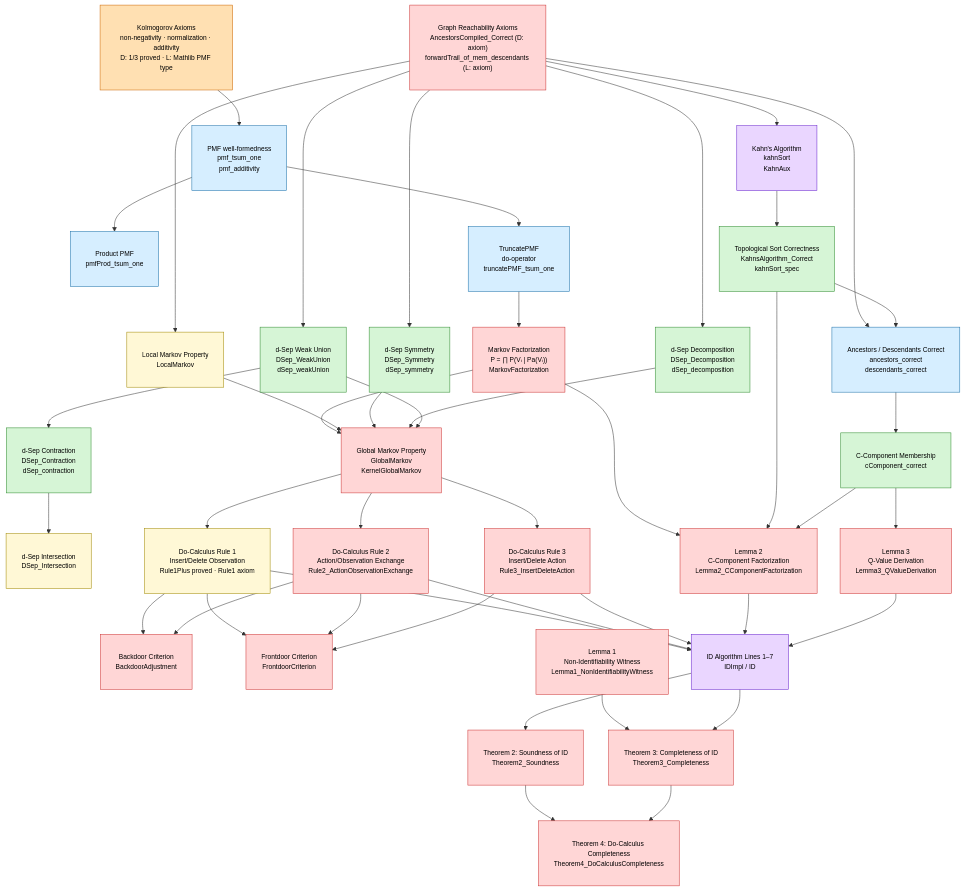
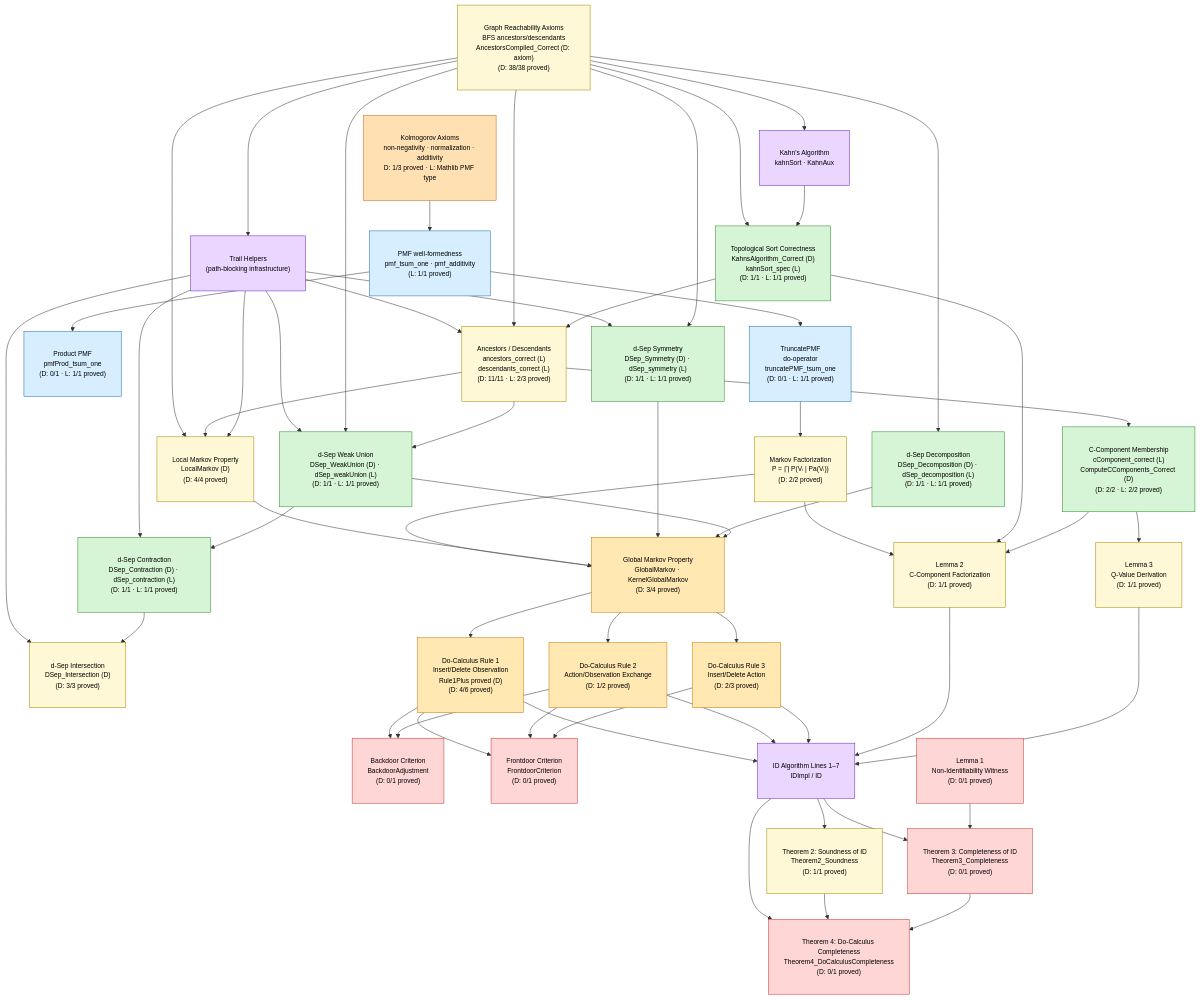
One commit to y0-causal-inference/y0 changed the diagram in docs/2026-05-28-proof-narrative.md. Above: the diagram before and after it, drawn with Mermaid. The commit also changed other lines of this file, not shown here.

Commit message:
Update proof narrative: MarginalMass_FactorOut de-axiomitization progress (2026-05-29)
Add MarginalMass_FactorOut row to the axiom table noting:
- MarginalMass_SubsetMonotone (P1) proved 2026-05-29
- AssignmentCondProb_As_MarginalMass_Ratio (P2) proved 2026-05-29
- P3 (remove {:axiom}) pending via GlobalMarkovConcrete

Update document last-updated date.

````diff
--- a/docs/2026-05-28-proof-narrative.md
+++ b/docs/2026-05-28-proof-narrative.md
@@ -31,83 +42,120 @@
 ```mermaid
-%%{init: {'flowchart': {'nodeSpacing': 45, 'rankSpacing': 70}}}%%
 flowchart TD
     classDef bothProved fill:#d6f5d6,stroke:#2d8a2d,color:#000,padding:12px,font-size:13px
-    classDef leanOnly  fill:#d6eeff,stroke:#1a6fa8,color:#000,padding:12px,font-size:13px
-    classDef dafnyOnly fill:#fff8d6,stroke:#a08800,color:#000,padding:12px,font-size:13px
-    classDef unproved  fill:#ffd6d6,stroke:#cc3333,color:#000,padding:12px,font-size:13px
-    classDef algo      fill:#ead6ff,stroke:#6622cc,color:#000,padding:12px,font-size:13px
-    classDef mathlib   fill:#ffe0b2,stroke:#cc6600,color:#000,padding:12px,font-size:13px
+    classDef leanOnly   fill:#d6eeff,stroke:#1a6fa8,color:#000,padding:12px,font-size:13px
+    classDef dafnyOnly  fill:#fff8d6,stroke:#a08800,color:#000,padding:12px,font-size:13px
+    classDef unproved   fill:#ffd6d6,stroke:#cc3333,color:#000,padding:12px,font-size:13px
+    classDef partial    fill:#ffe8b2,stroke:#cc7700,color:#000,padding:12px,font-size:13px
+    classDef algo       fill:#ead6ff,stroke:#6622cc,color:#000,padding:12px,font-size:13px
+    classDef mathlib    fill:#ffe0b2,stroke:#cc6600,color:#000,padding:12px,font-size:13px
+    n_ANC["Ancestors / Descendants\nancestors_correct (L)\ndescendants_correct (L)
+(D: 11/11 · L: 2/3 proved)"]:::dafnyOnly
+    n_BKD["Backdoor Criterion\nBackdoorAdjustment
+(D: 0/1 proved)"]:::unproved
+    n_CCOMP["C-Component Membership\ncComponent_correct (L)\nComputeCComponents_Correct (D)
+(D: 2/2 · L: 2/2 proved)"]:::bothProved
+    n_CONT["d-Sep Contraction\nDSep_Contraction (D) · dSep_contraction (L)
+(D: 1/1 · L: 1/1 proved)"]:::bothProved
+    n_DEC["d-Sep Decomposition\nDSep_Decomposition (D) · dSep_decomposition (L)
+(D: 1/1 · L: 1/1 proved)"]:::bothProved
+    n_FRD["Frontdoor Criterion\nFrontdoorCriterion
+(D: 0/1 proved)"]:::unproved
+    n_GM["Global Markov Property\nGlobalMarkov · KernelGlobalMarkov
+(D: 3/4 proved)"]:::partial
+    n_ID["ID Algorithm Lines 1–7\nIDImpl / ID"]:::algo
+    n_INTER["d-Sep Intersection\nDSep_Intersection (D)
+(D: 3/3 proved)"]:::dafnyOnly
+    n_K["Kolmogorov Axioms\nnon-negativity · normalization · additivity\nD: 1/3 proved · L: Mathlib PMF type"]:::mathlib
+    n_KAHN_ALGO["Kahn's Algorithm\nkahnSort · KahnAux"]:::algo
+    n_KAHN_PROOF["Topological Sort Correctness\nKahnsAlgorithm_Correct (D)\nkahnSort_spec (L)
+(D: 1/1 · L: 1/1 proved)"]:::bothProved
+    n_L1["Lemma 1\nNon-Identifiability Witness
+(D: 0/1 proved)"]:::unproved
+    n_L2["Lemma 2\nC-Component Factorization
+(D: 1/1 proved)"]:::dafnyOnly
+    n_L3L["Lemma 3\nQ-Value Derivation
+(D: 1/1 proved)"]:::dafnyOnly
+    n_LMARKOV["Local Markov Property\nLocalMarkov (D)
+(D: 4/4 proved)"]:::dafnyOnly
+    n_MARKOV["Markov Factorization\nP = ∏ P(Vᵢ | Pa(Vᵢ))
+(D: 2/2 proved)"]:::dafnyOnly
+    n_PMF["PMF well-formedness\npmf_tsum_one · pmf_additivity
+(L: 1/1 proved)"]:::leanOnly
+    n_PROD["Product PMF\npmfProd_tsum_one
+(D: 0/1 · L: 1/1 proved)"]:::leanOnly
+    n_R1["Do-Calculus Rule 1\nInsert/Delete Observation\nRule1Plus proved (D)
+(D: 4/6 proved)"]:::partial
+    n_R2["Do-Calculus Rule 2\nAction/Observation Exchange
+(D: 1/2 proved)"]:::partial
+    n_R3["Do-Calculus Rule 3\nInsert/Delete Action
+(D: 2/3 proved)"]:::partial
+    n_REACH["Graph Reachability Axioms\nBFS ancestors/descendants\nAncestorsCompiled_Correct (D: axiom)
+(D: 38/38 proved)"]:::dafnyOnly
+    n_SYM["d-Sep Symmetry\nDSep_Symmetry (D) · dSep_symmetry (L)
+(D: 1/1 · L: 1/1 proved)"]:::bothProved
+    n_T2["Theorem 2: Soundness of ID\nTheorem2_Soundness
+(D: 1/1 proved)"]:::dafnyOnly
+    n_T3["Theorem 3: Completeness of ID\nTheorem3_Completeness
+(D: 0/1 proved)"]:::unproved
+    n_T4["Theorem 4: Do-Calculus Completeness\nTheorem4_DoCalculusCompleteness
+(D: 0/1 proved)"]:::unproved
+    n_TRAIL["Trail Helpers\n(path-blocking infrastructure)"]:::algo
+    n_TRUNC["TruncatePMF\ndo-operator\ntruncatePMF_tsum_one
+(D: 0/1 · L: 1/1 proved)"]:::leanOnly
+    n_WU["d-Sep Weak Union\nDSep_WeakUnion (D) · dSep_weakUnion (L)
+(D: 1/1 · L: 1/1 proved)"]:::bothProved
 
-    K["Kolmogorov Axioms\nnon-negativity · normalization · additivity\nD: 1/3 proved · L: Mathlib PMF type"]:::mathlib
-    REACH["Graph Reachability Axioms\nAncestorsCompiled_Correct (D: axiom)\nforwardTrail_of_mem_descendants (L: axiom)"]:::unproved
-    PMF["PMF well-formedness\npmf_tsum_one\npmf_additivity"]:::leanOnly
-    PROD["Product PMF\npmfProd_tsum_one"]:::leanOnly
-    TRUNC["TruncatePMF\ndo-operator\ntruncatePMF_tsum_one"]:::leanOnly
-    MARKOV["Markov Factorization\nP = ∏ P(Vᵢ | Pa(Vᵢ))\nMarkovFactorization"]:::unproved
-    KAHN_ALGO["Kahn's Algorithm\nkahnSort\nKahnAux"]:::algo
-    KAHN_PROOF["Topological Sort Correctness\nKahnsAlgorithm_Correct\nkahnSort_spec"]:::bothProved
-    ANC["Ancestors / Descendants Correct\nancestors_correct\ndescendants_correct"]:::leanOnly
-    CCOMP["C-Component Membership\ncComponent_correct"]:::bothProved
-    LMARKOV["Local Markov Property\nLocalMarkov"]:::dafnyOnly
-    SYM["d-Sep Symmetry\nDSep_Symmetry\ndSep_symmetry"]:::bothProved
-    DEC["d-Sep Decomposition\nDSep_Decomposition\ndSep_decomposition"]:::bothProved
-    WU["d-Sep Weak Union\nDSep_WeakUnion\ndSep_weakUnion"]:::bothProved
-    CONT["d-Sep Contraction\nDSep_Contraction\ndSep_contraction"]:::bothProved
-    INTER["d-Sep Intersection\nDSep_Intersection"]:::dafnyOnly
-    GM["Global Markov Property\nGlobalMarkov\nKernelGlobalMarkov"]:::unproved
-    R1["Do-Calculus Rule 1\nInsert/Delete Observation\nRule1Plus proved · Rule1 axiom"]:::dafnyOnly
-    R2["Do-Calculus Rule 2\nAction/Observation Exchange\nRule2_ActionObservationExchange"]:::unproved
-    R3["Do-Calculus Rule 3\nInsert/Delete Action\nRule3_InsertDeleteAction"]:::unproved
-    BKD["Backdoor Criterion\nBackdoorAdjustment"]:::unproved
-    FRD["Frontdoor Criterion\nFrontdoorCriterion"]:::unproved
-    L1["Lemma 1\nNon-Identifiability Witness\nLemma1_NonIdentifiabilityWitness"]:::unproved
-    L2["Lemma 2\nC-Component Factorization\nLemma2_CComponentFactorization"]:::unproved
-    L3L["Lemma 3\nQ-Value Derivation\nLemma3_QValueDerivation"]:::unproved
-    ID["ID Algorithm Lines 1–7\nIDImpl / ID"]:::algo
-    T2["Theorem 2: Soundness of ID\nTheorem2_Soundness"]:::unproved
-    T3["Theorem 3: Completeness of ID\nTheorem3_Completeness"]:::unproved
-    T4["Theorem 4: Do-Calculus Completeness\nTheorem4_DoCalculusCompleteness"]:::unproved
-
-    K --> PMF
-    PMF --> PROD
-    PMF --> TRUNC
-    TRUNC --> MARKOV
-    MARKOV --> GM
-    REACH --> KAHN_ALGO
-    REACH --> ANC
-    KAHN_ALGO --> KAHN_PROOF
-    KAHN_PROOF --> ANC
-    ANC --> CCOMP
-    REACH --> LMARKOV
-    REACH --> SYM
-    REACH --> DEC
-    REACH --> WU
-    WU --> CONT
-    CONT --> INTER
-    LMARKOV --> GM
-    SYM --> GM
-    DEC --> GM
-    WU --> GM
-    GM --> R1
-    GM --> R2
-    GM --> R3
-    R1 --> BKD
-    R2 --> BKD
-    R1 --> FRD
-    R2 --> FRD
-    R3 --> FRD
-    R1 --> ID
-    R2 --> ID
-    R3 --> ID
-    L1 --> T3
-    L2 --> ID
-    L3L --> ID
-    MARKOV --> L2
-    KAHN_PROOF --> L2
-    CCOMP --> L2
-    CCOMP --> L3L
-    ID --> T2
-    ID --> T3
-    T2 --> T4
-    T3 --> T4
+    n_REACH --> n_KAHN_PROOF
+    n_TRAIL --> n_ANC
+    n_REACH --> n_ANC
+    n_REACH --> n_TRAIL
+    n_REACH --> n_LMARKOV
+    n_ANC --> n_LMARKOV
+    n_TRAIL --> n_LMARKOV
+    n_TRAIL --> n_SYM
+    n_TRAIL --> n_WU
+    n_REACH --> n_WU
+    n_ANC --> n_WU
+    n_TRAIL --> n_CONT
+    n_TRAIL --> n_INTER
+    n_GM --> n_R1
+    n_ID --> n_T2
+    n_ID --> n_T3
+    n_ID --> n_T4
+    n_K --> n_PMF
+    n_PMF --> n_PROD
+    n_PMF --> n_TRUNC
+    n_TRUNC --> n_MARKOV
+    n_MARKOV --> n_GM
+    n_REACH --> n_KAHN_ALGO
+    n_KAHN_ALGO --> n_KAHN_PROOF
+    n_KAHN_PROOF --> n_ANC
+    n_ANC --> n_CCOMP
+    n_REACH --> n_SYM
+    n_REACH --> n_DEC
+    n_WU --> n_CONT
+    n_CONT --> n_INTER
+    n_LMARKOV --> n_GM
+    n_SYM --> n_GM
+    n_DEC --> n_GM
+    n_WU --> n_GM
+    n_GM --> n_R2
+    n_GM --> n_R3
+    n_R1 --> n_BKD
+    n_R2 --> n_BKD
+    n_R1 --> n_FRD
+    n_R2 --> n_FRD
+    n_R3 --> n_FRD
+    n_R1 --> n_ID
+    n_R2 --> n_ID
+    n_R3 --> n_ID
+    n_L2 --> n_ID
+    n_L3L --> n_ID
+    n_MARKOV --> n_L2
+    n_KAHN_PROOF --> n_L2
+    n_CCOMP --> n_L2
+    n_CCOMP --> n_L3L
+    n_L1 --> n_T3
+    n_T2 --> n_T4
+    n_T3 --> n_T4
 ```
````
